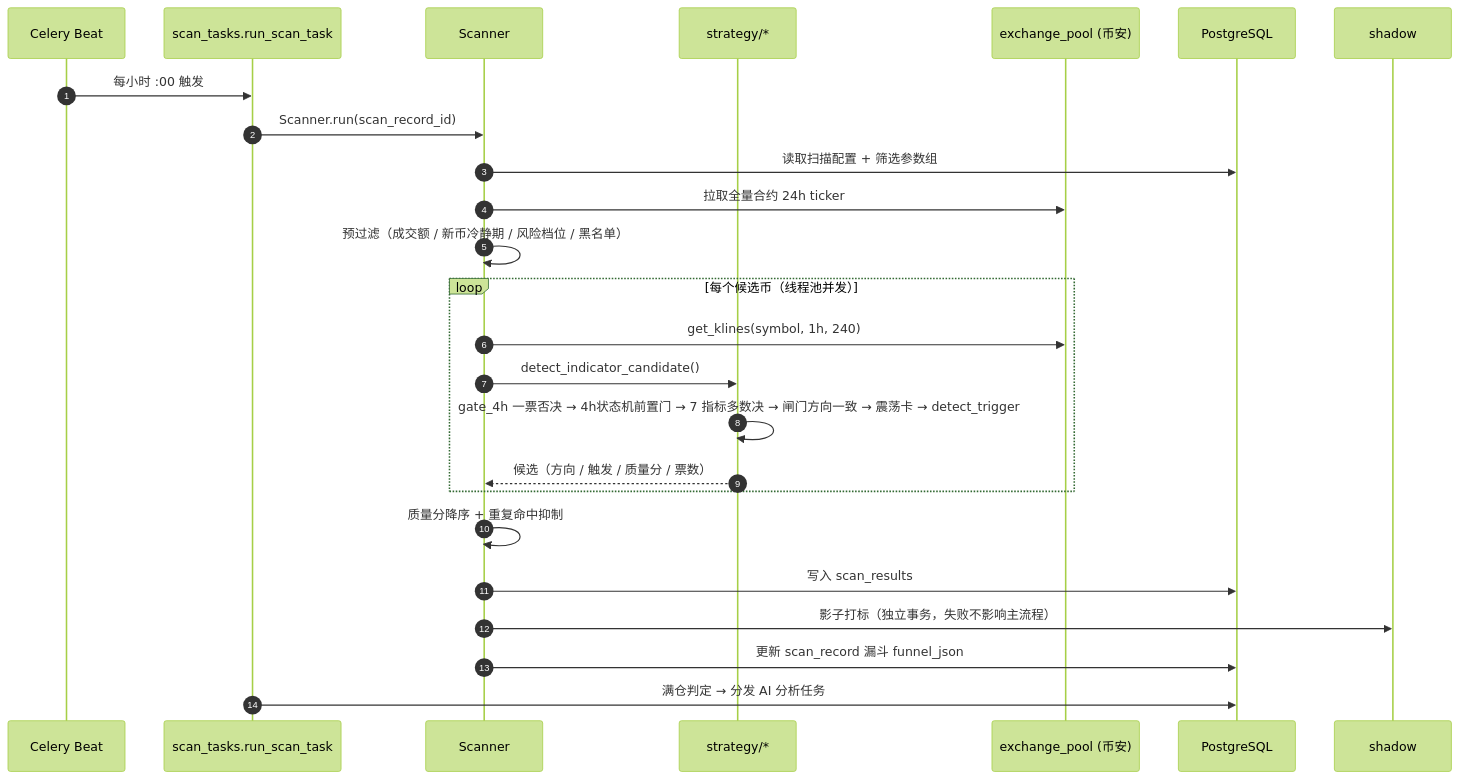
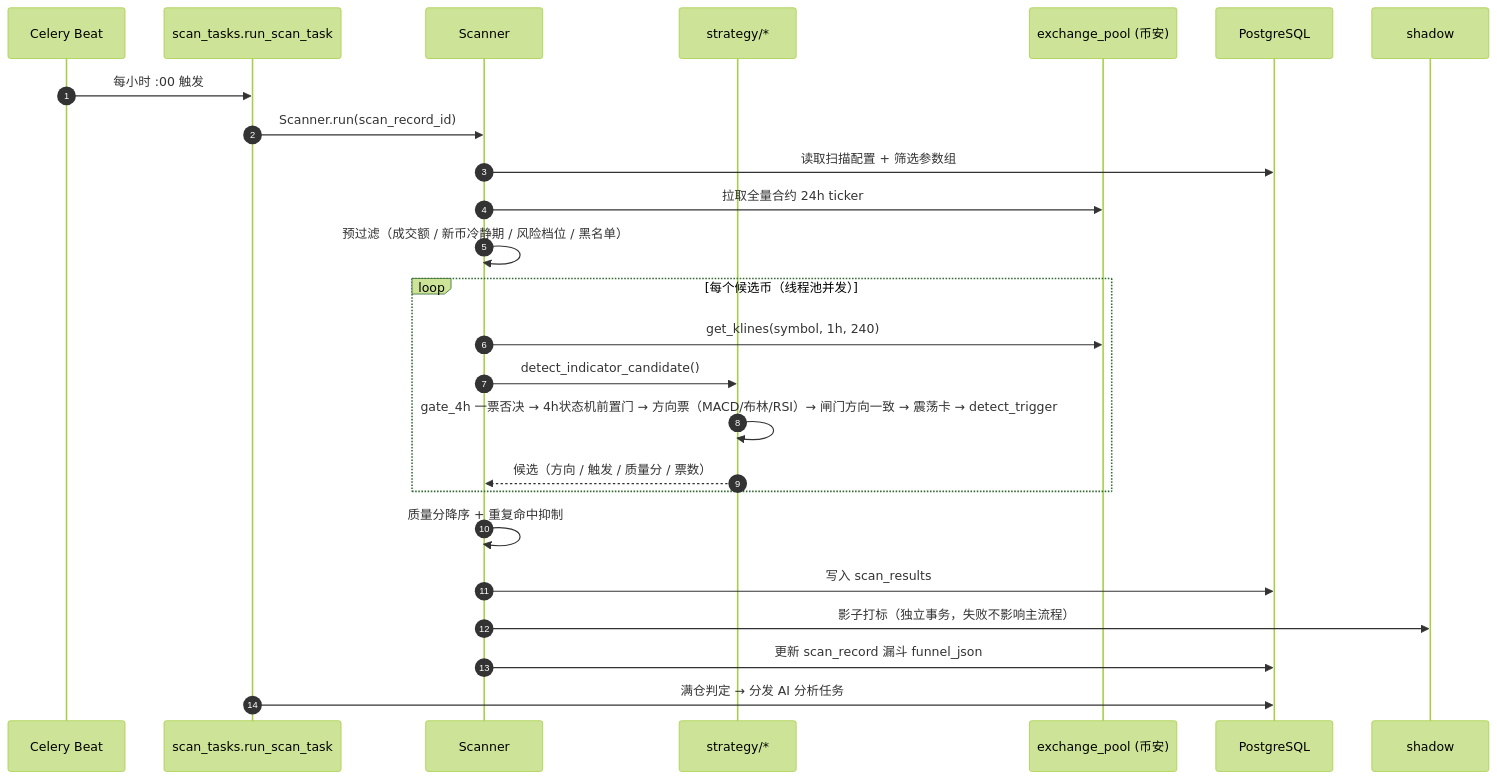
Before and after one commit to wwei-github/trading-workbench: the third of 13 diagrams in frontend/src/assets/CODE_WIKI.md, drawn with Mermaid (forest theme). The commit also changed other lines of this file and 36 other files, not shown here.

````diff
--- a/frontend/src/assets/CODE_WIKI.md
+++ b/frontend/src/assets/CODE_WIKI.md
@@ -640,28 +640,28 @@
 ```mermaid
 sequenceDiagram
     autonumber
     participant Beat as Celery Beat
     participant Task as scan_tasks.run_scan_task
     participant SC as Scanner
     participant ST as strategy/*
     participant EX as exchange_pool (币安)
     participant DB as PostgreSQL
     participant SH as shadow
 
     Beat->>Task: 每小时 :00 触发
     Task->>SC: Scanner.run(scan_record_id)
     SC->>DB: 读取扫描配置 + 筛选参数组
     SC->>EX: 拉取全量合约 24h ticker
     SC->>SC: 预过滤（成交额 / 新币冷静期 / 风险档位 / 黑名单）
     loop 每个候选币（线程池并发）
         SC->>EX: get_klines(symbol, 1h, 240)
         SC->>ST: detect_indicator_candidate()
-        ST->>ST: gate_4h 一票否决 → 4h状态机前置门 → 7 指标多数决 → 闸门方向一致 → 震荡卡 → detect_trigger
+        ST->>ST: gate_4h 一票否决 → 4h状态机前置门 → 方向票（MACD/布林/RSI）→ 闸门方向一致 → 震荡卡 → detect_trigger
         ST-->>SC: 候选（方向 / 触发 / 质量分 / 票数）
     end
     SC->>SC: 质量分降序 + 重复命中抑制
     SC->>DB: 写入 scan_results
     SC->>SH: 影子打标（独立事务，失败不影响主流程）
     SC->>DB: 更新 scan_record 漏斗 funnel_json
     Task->>DB: 满仓判定 → 分发 AI 分析任务
 ```
````
